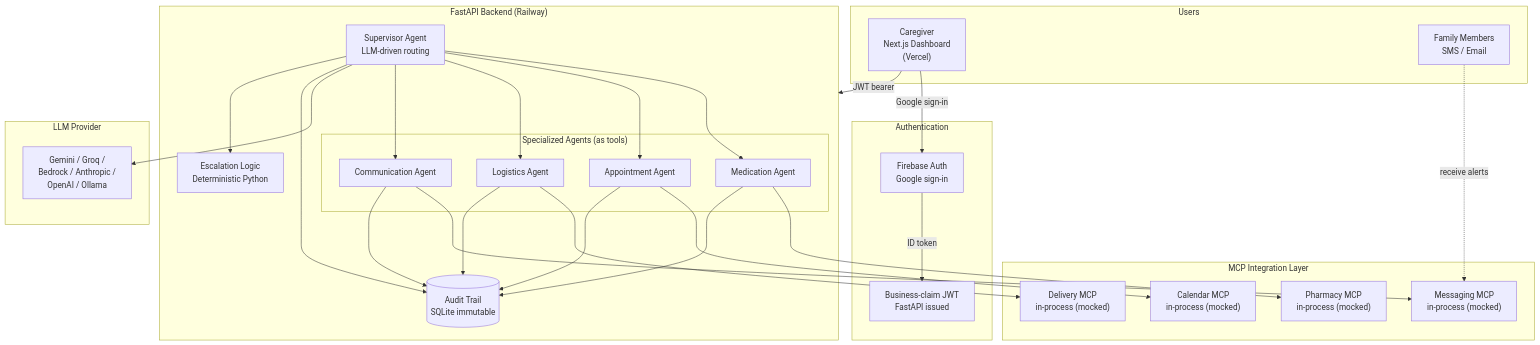
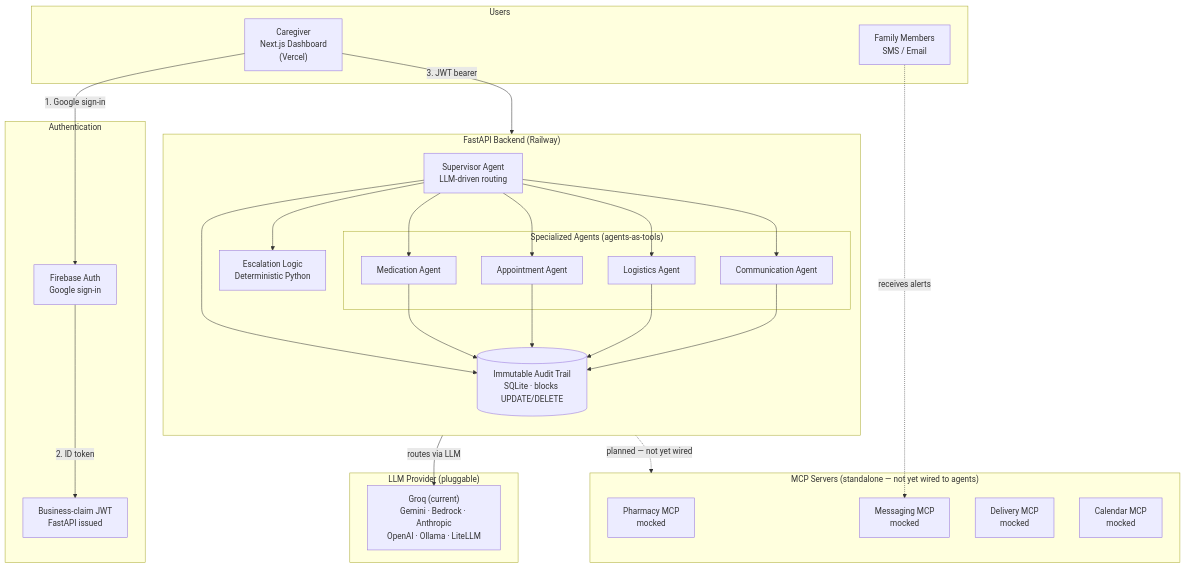
The diagram in README.md (infamous-rebel/CareBridge), drawn with Mermaid before and after one commit.

Commit message:
Revise architecture diagram and component descriptions
Updated the architecture diagram in README.md to reflect changes in authentication and MCP integration. Improved clarity of components and their relationships.

````diff
--- a/README.md
+++ b/README.md
@@ -65,60 +65,59 @@
 ```mermaid
 flowchart TB
     subgraph Users["Users"]
         CG["Caregiver<br/>Next.js Dashboard<br/>(Vercel)"]
         FM["Family Members<br/>SMS / Email"]
     end
 
+    subgraph Auth["Authentication"]
+        FB["Firebase Auth<br/>Google sign-in"]
+        JWT["Business-claim JWT<br/>FastAPI issued"]
+    end
+
     subgraph Backend["FastAPI Backend (Railway)"]
+        direction TB
         SUP["Supervisor Agent<br/>LLM-driven routing"]
-        
-        subgraph Specialists["Specialized Agents (as tools)"]
+
+        subgraph Specialists["Specialized Agents (agents-as-tools)"]
             MED["Medication Agent"]
             APT["Appointment Agent"]
             LOG["Logistics Agent"]
             COM["Communication Agent"]
         end
-        
-        AUDIT[("Audit Trail<br/>SQLite immutable")]
+
+        AUDIT[("Immutable Audit Trail<br/>SQLite · blocks UPDATE/DELETE")]
         ESC["Escalation Logic<br/>Deterministic Python"]
     end
 
-    subgraph MCP["MCP Integration Layer"]
-        PHAR["Pharmacy MCP<br/>in-process (mocked)"]
-        MSG["Messaging MCP<br/>in-process (mocked)"]
-        DEL["Delivery MCP<br/>in-process (mocked)"]
-        CAL["Calendar MCP<br/>in-process (mocked)"]
+    subgraph LLM["LLM Provider (pluggable)"]
+        PROVIDER["Groq (current)<br/>Gemini · Bedrock · Anthropic<br/>OpenAI · Ollama · LiteLLM"]
     end
 
-    subgraph Auth["Authentication"]
-        FB["Firebase Auth<br/>Google sign-in"]
-        JWT["Business-claim JWT<br/>FastAPI issued"]
+    subgraph MCP["MCP Servers (standalone — not yet wired to agents)"]
+        PHAR["Pharmacy MCP<br/>mocked"]
+        MSG["Messaging MCP<br/>mocked"]
+        DEL["Delivery MCP<br/>mocked"]
+        CAL["Calendar MCP<br/>mocked"]
     end
 
-    subgraph LLM["LLM Provider"]
-        PROVIDER["Gemini / Groq /<br/>Bedrock / Anthropic /<br/>OpenAI / Ollama"]
-    end
+    CG -->|"1. Google sign-in"| FB
+    FB -->|"2. ID token"| JWT
+    CG -->|"3. JWT bearer"| Backend
+    FM -.->|"receives alerts"| MSG
 
-    CG -->|"Google sign-in"| FB
-    FB -->|"ID token"| JWT
-    CG -->|"JWT bearer"| Backend
-    FM -.->|"receive alerts"| MSG
-
+    SUP -->|"routes via LLM"| PROVIDER
     SUP --> MED
     SUP --> APT
     SUP --> LOG
     SUP --> COM
-    SUP --> PROVIDER
-
-    MED --> PHAR
-    APT --> CAL
-    LOG --> DEL
-    COM --> MSG
 
     SUP --> AUDIT
     MED --> AUDIT
     APT --> AUDIT
     LOG --> AUDIT
     COM --> AUDIT
+
     SUP --> ESC
+
+    Specialists -.->|"planned — not yet wired"| MCP
 ```
````
